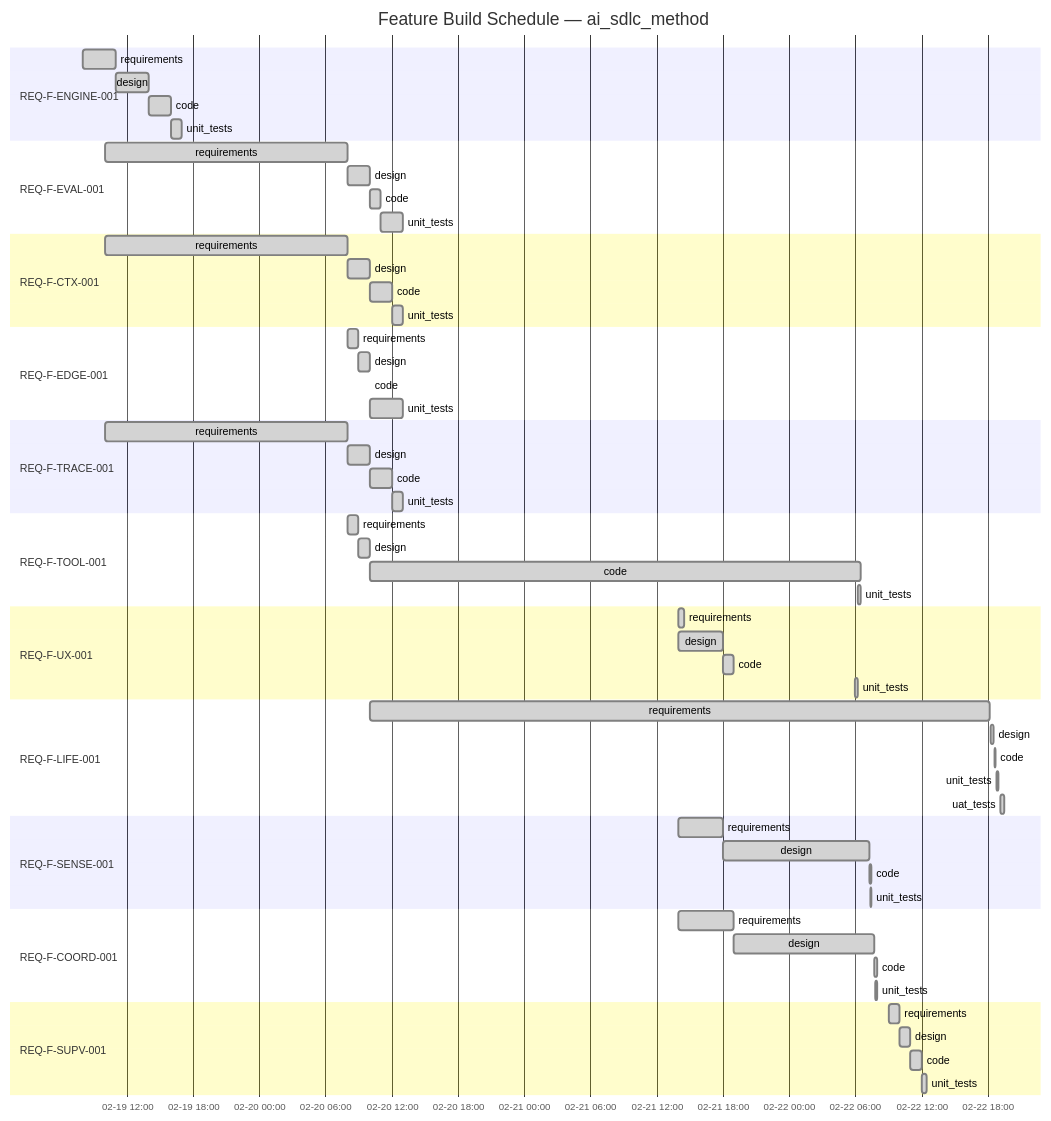
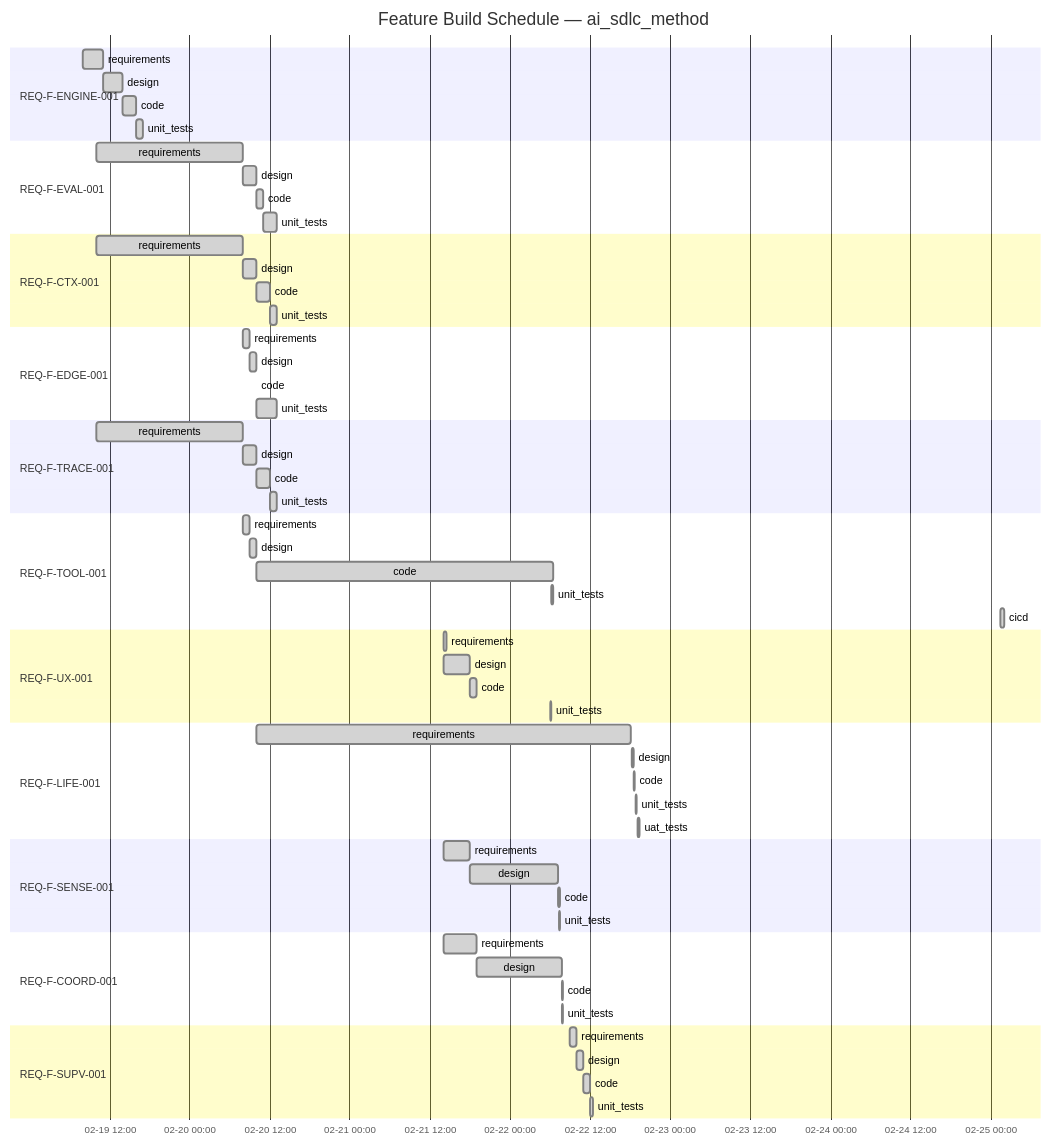
The diagram in .ai-workspace/STATUS.md (foolishimp/ai_sdlc_method), drawn with Mermaid before and after one commit. The commit also changed other lines of this file and 2 other files, not shown here.

First line of the commit message:
fix: complete iterate protocol for code→cicd edge (REQ-F-TOOL-001)

````diff
--- a/.ai-workspace/STATUS.md
+++ b/.ai-workspace/STATUS.md
@@ -39,73 +39,74 @@
 ```mermaid
 gantt
     title Feature Build Schedule — ai_sdlc_method
     dateFormat YYYY-MM-DD HH:mm
     axisFormat %m-%d %H:%M
 
     section REQ-F-ENGINE-001
     requirements     :done, eng-req, 2026-02-19 08:00, 2026-02-19 11:00
     design           :done, eng-des, 2026-02-19 11:00, 2026-02-19 14:00
     code             :done, eng-cod, 2026-02-19 14:00, 2026-02-19 16:00
     unit_tests       :done, eng-tst, 2026-02-19 16:00, 2026-02-19 17:00
 
     section REQ-F-EVAL-001
     requirements     :done, eval-req, 2026-02-19 10:00, 2026-02-20 08:00
     design           :done, eval-des, 2026-02-20 08:00, 2026-02-20 10:00
     code             :done, eval-cod, 2026-02-20 10:00, 2026-02-20 11:00
     unit_tests       :done, eval-tst, 2026-02-20 11:00, 2026-02-20 13:00
 
     section REQ-F-CTX-001
     requirements     :done, ctx-req, 2026-02-19 10:00, 2026-02-20 08:00
     design           :done, ctx-des, 2026-02-20 08:00, 2026-02-20 10:00
     code             :done, ctx-cod, 2026-02-20 10:00, 2026-02-20 12:00
     unit_tests       :done, ctx-tst, 2026-02-20 12:00, 2026-02-20 13:00
 
     section REQ-F-EDGE-001
     requirements     :done, edge-req, 2026-02-20 08:00, 2026-02-20 09:00
     design           :done, edge-des, 2026-02-20 09:00, 2026-02-20 10:00
     code             :done, edge-cod, 2026-02-20 10:00, 2026-02-20 10:00
     unit_tests       :done, edge-tst, 2026-02-20 10:00, 2026-02-20 13:00
 
     section REQ-F-TRACE-001
     requirements     :done, trc-req, 2026-02-19 10:00, 2026-02-20 08:00
     design           :done, trc-des, 2026-02-20 08:00, 2026-02-20 10:00
     code             :done, trc-cod, 2026-02-20 10:00, 2026-02-20 12:00
     unit_tests       :done, trc-tst, 2026-02-20 12:00, 2026-02-20 13:00
 
     section REQ-F-TOOL-001
     requirements     :done, tool-req, 2026-02-20 08:00, 2026-02-20 09:00
     design           :done, tool-des, 2026-02-20 09:00, 2026-02-20 10:00
     code             :done, tool-cod, 2026-02-20 10:00, 2026-02-22 06:30
     unit_tests       :done, tool-tst, 2026-02-22 06:15, 2026-02-22 06:30
+    cicd             :done, tool-cicd, 2026-02-25 01:30, 2026-02-25 02:05
 
     section REQ-F-UX-001
     requirements     :done, ux-req, 2026-02-21 14:00, 2026-02-21 14:30
     design           :done, ux-des, 2026-02-21 14:00, 2026-02-21 18:00
     code             :done, ux-cod, 2026-02-21 18:00, 2026-02-21 19:00
     unit_tests       :done, ux-tst, 2026-02-22 06:00, 2026-02-22 06:15
 
     section REQ-F-LIFE-001
     requirements     :done, life-req, 2026-02-20 10:00, 2026-02-22 18:10
     design           :done, life-des, 2026-02-22 18:15, 2026-02-22 18:30
     code             :done, life-cod, 2026-02-22 18:35, 2026-02-22 18:45
     unit_tests       :done, life-tst, 2026-02-22 18:50, 2026-02-22 19:00
     uat_tests        :done, life-uat, 2026-02-22 19:10, 2026-02-22 19:30
 
     section REQ-F-SENSE-001
     requirements     :done, sense-req, 2026-02-21 14:00, 2026-02-21 18:00
     design           :done, sense-des, 2026-02-21 18:00, 2026-02-22 07:15
     code             :done, sense-cod, 2026-02-22 07:15, 2026-02-22 07:30
     unit_tests       :done, sense-tst, 2026-02-22 07:20, 2026-02-22 07:30
 
     section REQ-F-COORD-001
     requirements     :done, coord-req, 2026-02-21 14:00, 2026-02-21 19:00
     design           :done, coord-des, 2026-02-21 19:00, 2026-02-22 07:45
     code             :done, coord-cod, 2026-02-22 07:45, 2026-02-22 08:00
     unit_tests       :done, coord-tst, 2026-02-22 07:50, 2026-02-22 08:00
 
     section REQ-F-SUPV-001
     requirements     :done, supv-req, 2026-02-22 09:00, 2026-02-22 10:00
     design           :done, supv-des, 2026-02-22 10:00, 2026-02-22 11:00
     code             :done, supv-cod, 2026-02-22 11:00, 2026-02-22 12:00
     unit_tests       :done, supv-tst, 2026-02-22 12:00, 2026-02-22 12:30
 ```
````
